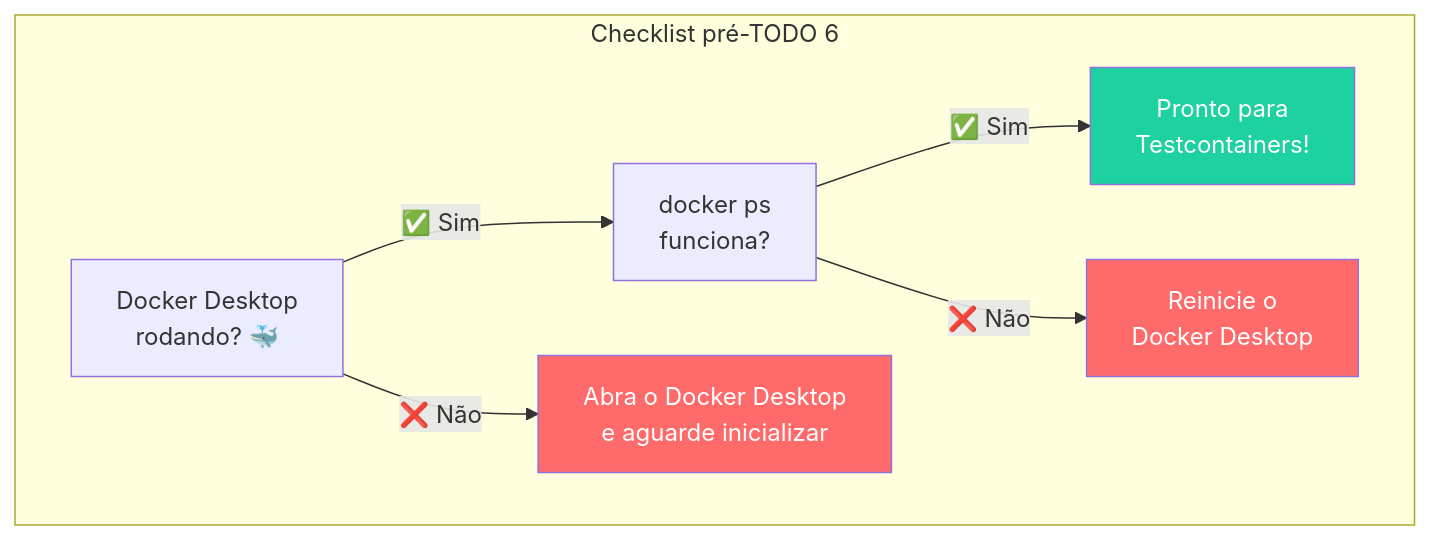
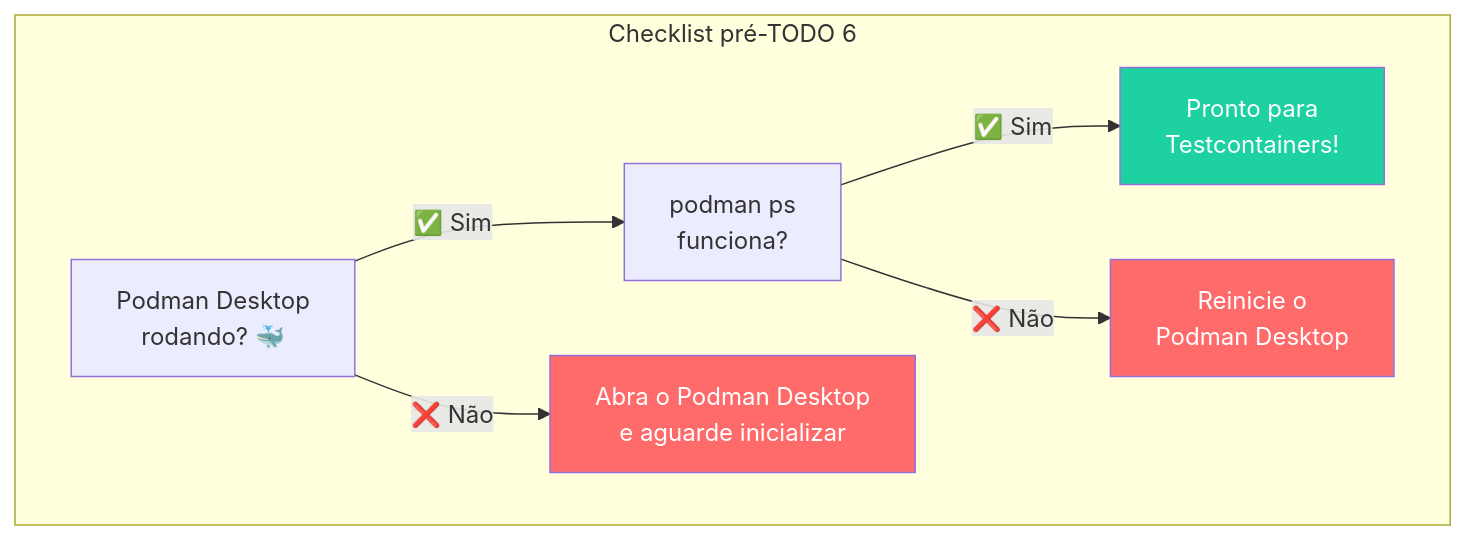
One commit to deusemarjunior/trein-java-intermed changed the third of 11 diagrams in dia-04/slide-11.md. Above: the diagram before and after it, drawn with Mermaid. The commit also changed other lines of this file and 100 other files, not shown here.

Commit message:
removendo docker adicionando podman

````diff
--- a/dia-04/slide-11.md
+++ b/dia-04/slide-11.md
@@ -128,13 +128,13 @@
 ```mermaid
 flowchart TD
     subgraph "Checklist pré-TODO 6"
-        D1["Docker Desktop<br/>rodando? 🐳"] -->|"✅ Sim"| D2["docker ps<br/>funciona?"]
+        D1["Podman Desktop<br/>rodando? 🐳"] -->|"✅ Sim"| D2["podman ps<br/>funciona?"]
         D2 -->|"✅ Sim"| D3["Pronto para<br/>Testcontainers!"]
-        D1 -->|"❌ Não"| D4["Abra o Docker Desktop<br/>e aguarde inicializar"]
-        D2 -->|"❌ Não"| D5["Reinicie o<br/>Docker Desktop"]
+        D1 -->|"❌ Não"| D4["Abra o Podman Desktop<br/>e aguarde inicializar"]
+        D2 -->|"❌ Não"| D5["Reinicie o<br/>Podman Desktop"]
     end
 
     style D3 fill:#1dd1a1,color:#fff
     style D4 fill:#ff6b6b,color:#fff
     style D5 fill:#ff6b6b,color:#fff
 ```
````
